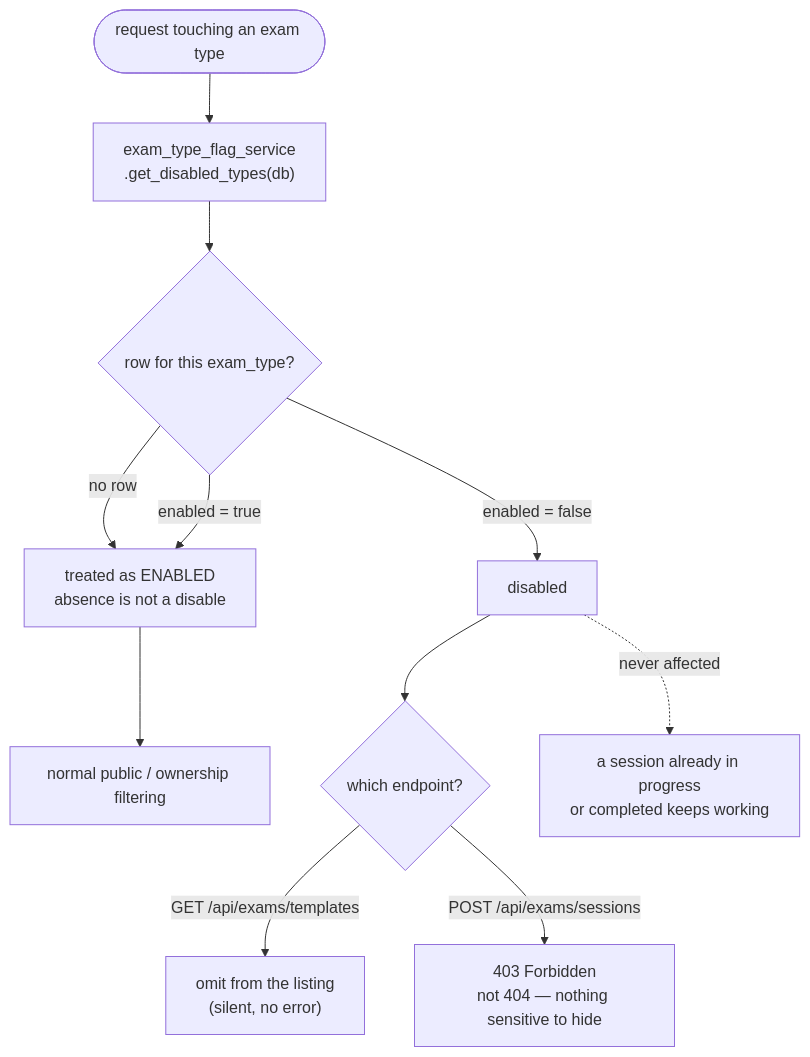
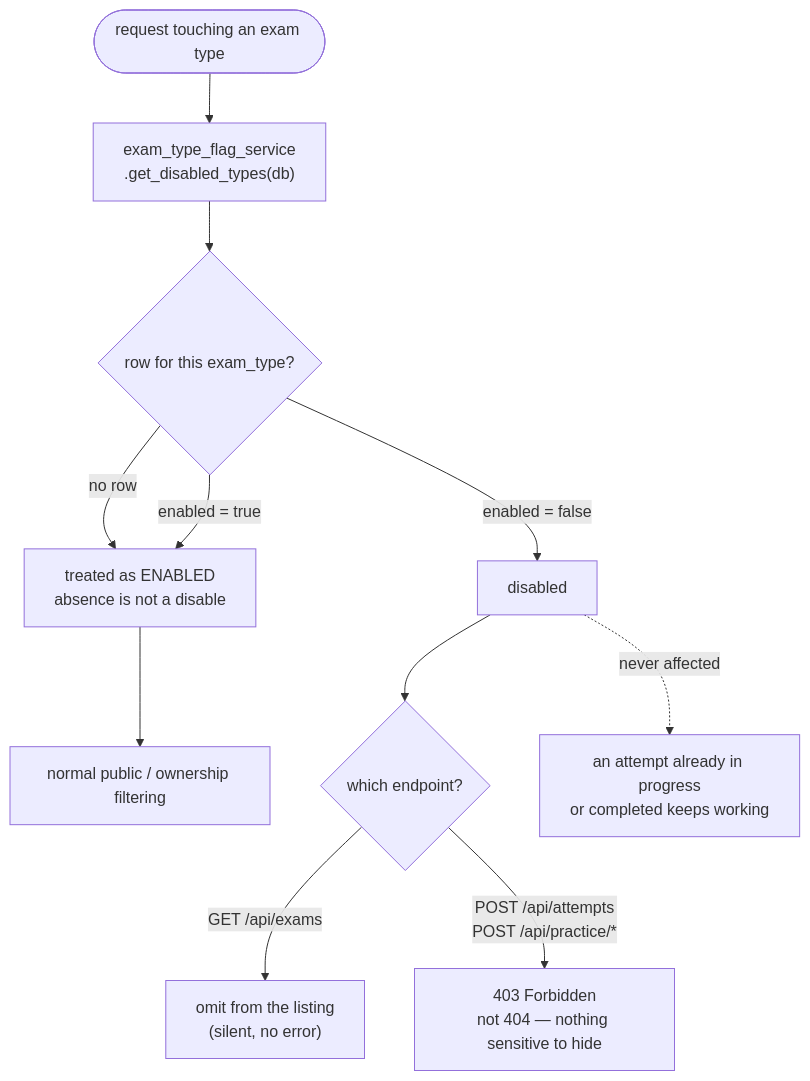
Before and after one commit to newtc22222/technical-documents: the diagram in docs/lingu-flow/features/exam-type-feature-flags.md, drawn with Mermaid. The commit also changed other lines of this file and 7 other files, not shown here.

Commit message:
docs(lingu-flow): sync features section with AI guide and practice mode

````diff
--- a/docs/lingu-flow/features/exam-type-feature-flags.md
+++ b/docs/lingu-flow/features/exam-type-feature-flags.md
@@ -60,17 +60,17 @@
 ```mermaid
 flowchart TD
     Req(["request touching an exam type"]) --> Lookup["exam_type_flag_service<br/>.get_disabled_types(db)"]
     Lookup --> Row{"row for this exam_type?"}
 
     Row -->|no row| Enabled["treated as ENABLED<br/>absence is not a disable"]
     Row -->|"enabled = true"| Enabled
     Row -->|"enabled = false"| Disabled["disabled"]
 
     Enabled --> Pass["normal public / ownership filtering"]
 
     Disabled --> Which{"which endpoint?"}
-    Which -->|"GET /api/exams/templates"| Hide["omit from the listing<br/>(silent, no error)"]
-    Which -->|"POST /api/exams/sessions"| Deny["403 Forbidden<br/>not 404 — nothing sensitive to hide"]
+    Which -->|"GET /api/exams"| Hide["omit from the listing<br/>(silent, no error)"]
+    Which -->|"POST /api/attempts<br/>POST /api/practice/*"| Deny["403 Forbidden<br/>not 404 — nothing sensitive to hide"]
 
-    Disabled -.->|never affected| Live["a session already in progress<br/>or completed keeps working"]
+    Disabled -.->|never affected| Live["an attempt already in progress<br/>or completed keeps working"]
 ```
````
